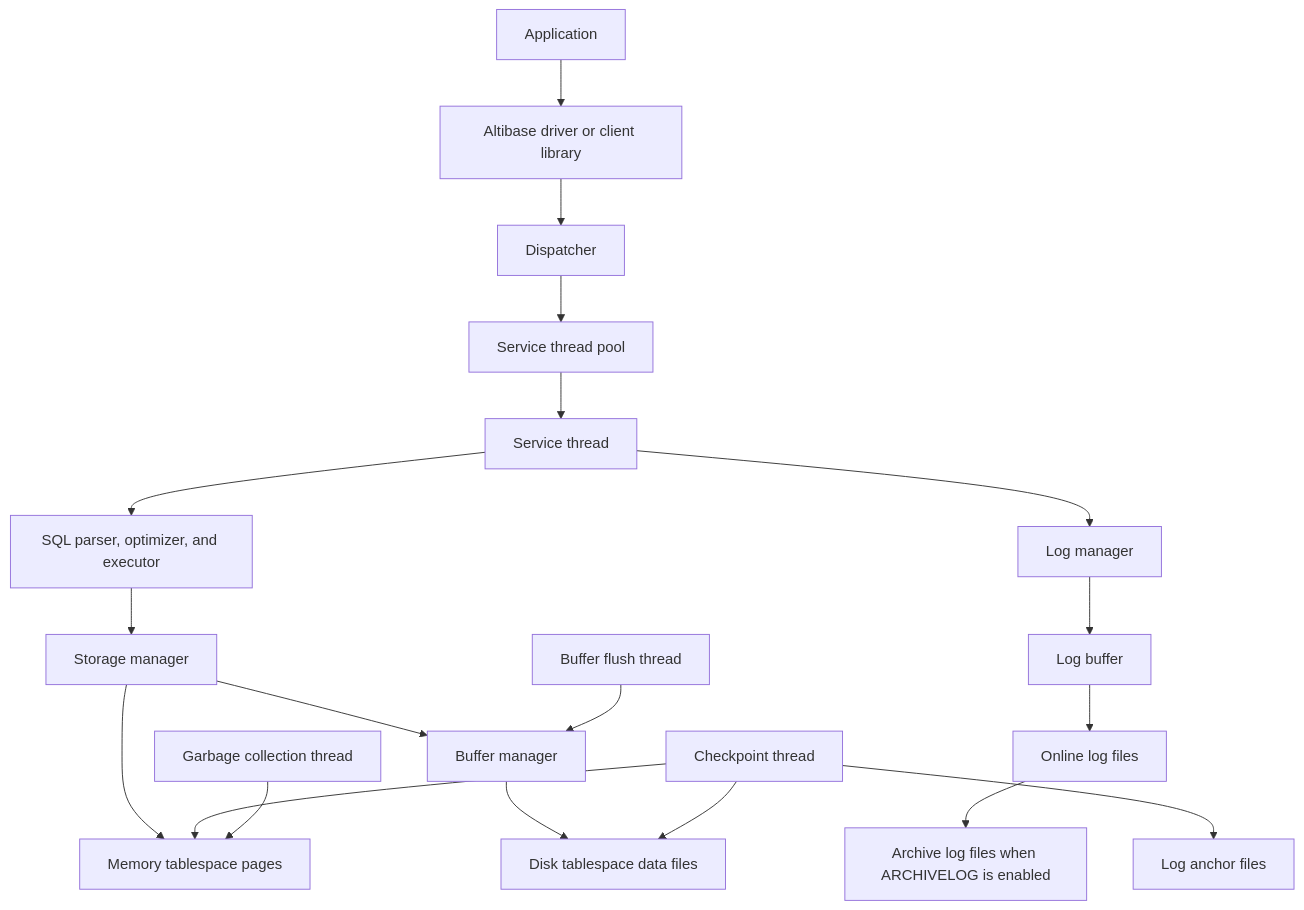
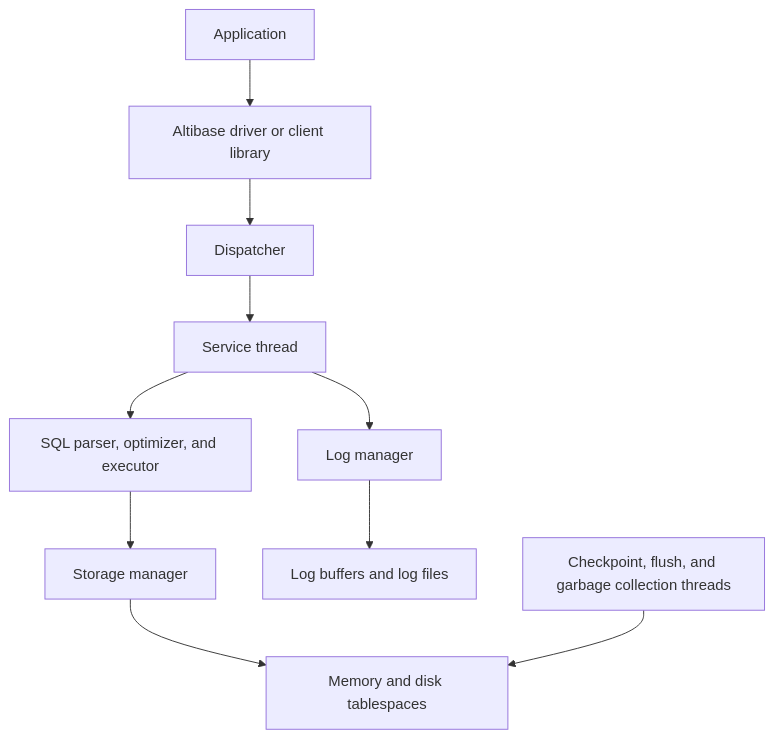
The second of 14 diagrams in GPTs/attachments/02_administration_operations.md (et16kr/AltibaseDocuments), drawn with Mermaid before and after one commit. The commit also changed other lines of this file and 5 other files, not shown here.

First line of the commit message:
Remediate M21: Split or simplify oversized Mermaid diagrams listed by R14, or move l...

````diff
--- a/GPTs/attachments/02_administration_operations.md
+++ b/GPTs/attachments/02_administration_operations.md
@@ -67,21 +67,12 @@
 ```mermaid
 flowchart TD
   APP[Application] --> DRV[Altibase driver or client library]
   DRV --> DISP[Dispatcher]
-  DISP --> POOL[Service thread pool]
-  POOL --> ST[Service thread]
+  DISP --> ST[Service thread]
   ST --> SQL[SQL parser, optimizer, and executor]
   SQL --> SM[Storage manager]
-  SM --> MEM[Memory tablespace pages]
-  SM --> BUF[Buffer manager]
-  BUF --> DISK[Disk tablespace data files]
   ST --> LOG[Log manager]
-  LOG --> LBUF[Log buffer]
-  LBUF --> LFILE[Online log files]
-  LFILE --> ARCH[Archive log files when ARCHIVELOG is enabled]
-  CKPT[Checkpoint thread] --> MEM
-  CKPT --> DISK
-  CKPT --> ANCHOR[Log anchor files]
-  FLUSH[Buffer flush thread] --> BUF
-  AGER[Garbage collection thread] --> MEM
+  SM --> DATA[Memory and disk tablespaces]
+  LOG --> LOGS[Log buffers and log files]
+  MAINT[Checkpoint, flush, and garbage collection threads] --> DATA
 ```
````
